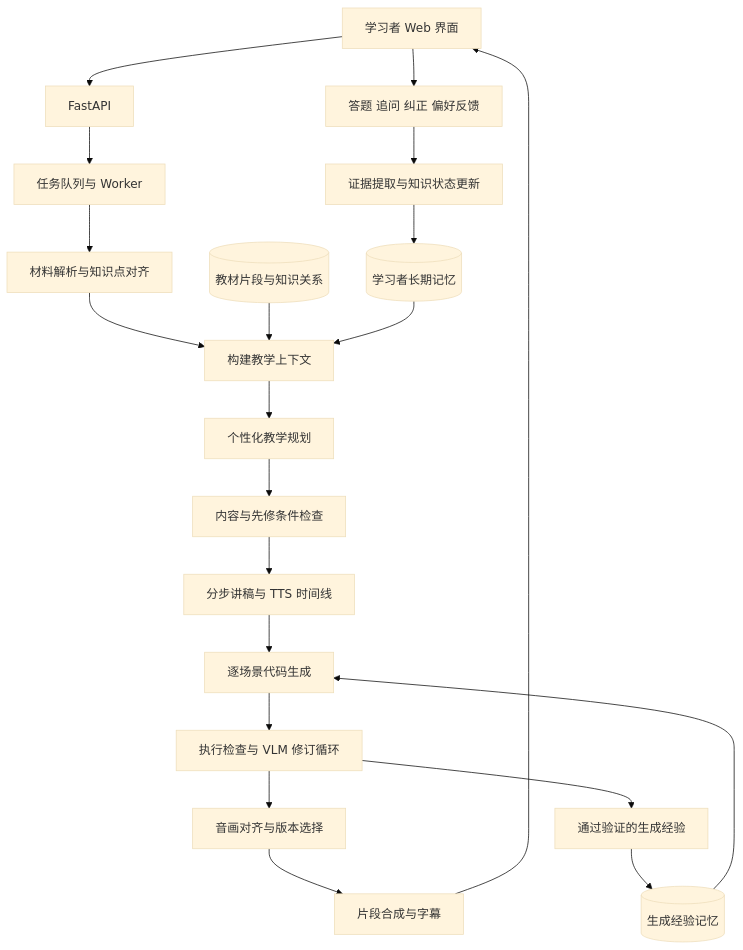
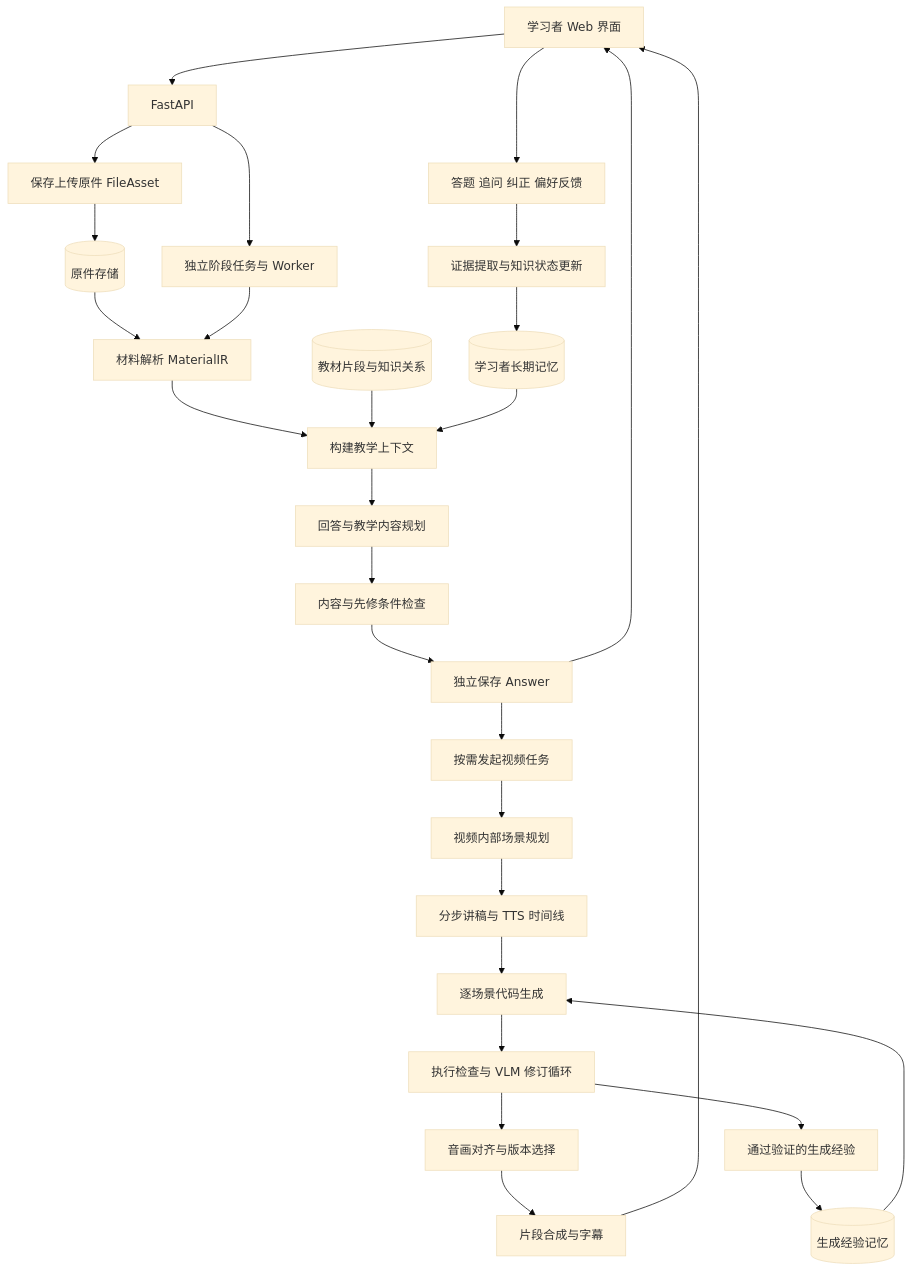
One commit to Zongyuan-Cai/manimagent changed the first of 2 diagrams in docs/技术栈与整体设计.md. Above: the diagram before and after it, drawn with Mermaid (base theme). The commit also changed other lines of this file and 5 other files, not shown here.

Commit message:
docs: define decoupled upload parsing answer and video interfaces

````diff
--- a/docs/技术栈与整体设计.md
+++ b/docs/技术栈与整体设计.md
@@ -65,23 +67,30 @@
 ```mermaid
 flowchart TD
     U[学习者 Web 界面] --> API[FastAPI]
-    API --> JOB[任务队列与 Worker]
-    JOB --> ING[材料解析与知识点对齐]
+    API --> UP[保存上传原件 FileAsset]
+    UP --> STORED[(原件存储)]
+    API --> JOB[独立阶段任务与 Worker]
+    STORED --> ING[材料解析 MaterialIR]
+    JOB --> ING
     ING --> CTX[构建教学上下文]
     SRC[(教材片段与知识关系)] --> CTX
     LM[(学习者长期记忆)] --> CTX
-    CTX --> PLAN[个性化教学规划]
+    CTX --> PLAN[回答与教学内容规划]
     PLAN --> CHECK[内容与先修条件检查]
-    CHECK --> SCRIPT[分步讲稿与 TTS 时间线]
+    CHECK --> ANSWER[独立保存 Answer]
+    ANSWER --> U
+    ANSWER --> VIDEO[按需发起视频任务]
+    VIDEO --> VP[视频内部场景规划]
+    VP --> SCRIPT[分步讲稿与 TTS 时间线]
     SCRIPT --> SCENE[逐场景代码生成]
     EM[(生成经验记忆)] --> SCENE
     SCENE --> LOOP[执行检查与 VLM 修订循环]
     LOOP --> AV[音画对齐与版本选择]
     AV --> OUT[片段合成与字幕]
     OUT --> U
     U --> FEED[答题 追问 纠正 偏好反馈]
     FEED --> UPDATE[证据提取与知识状态更新]
     UPDATE --> LM
     LOOP --> EXP[通过验证的生成经验]
     EXP --> EM
 ```
````
